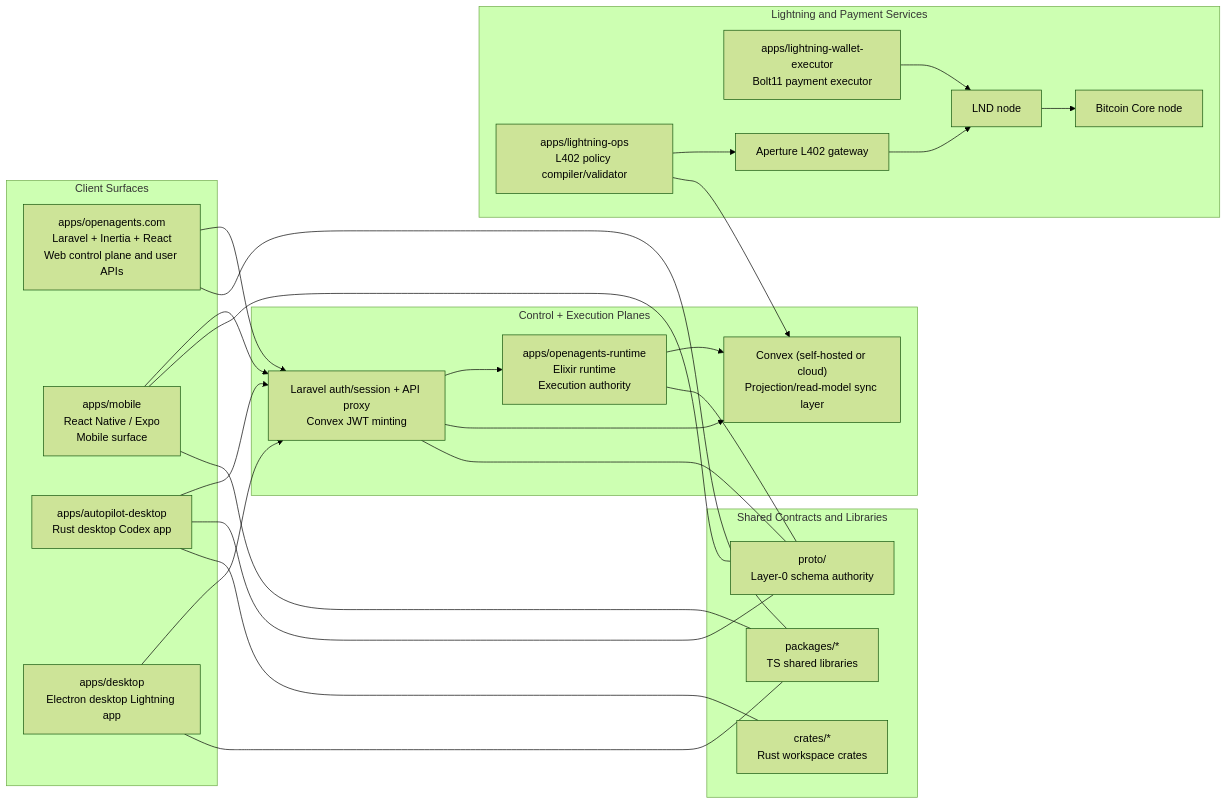
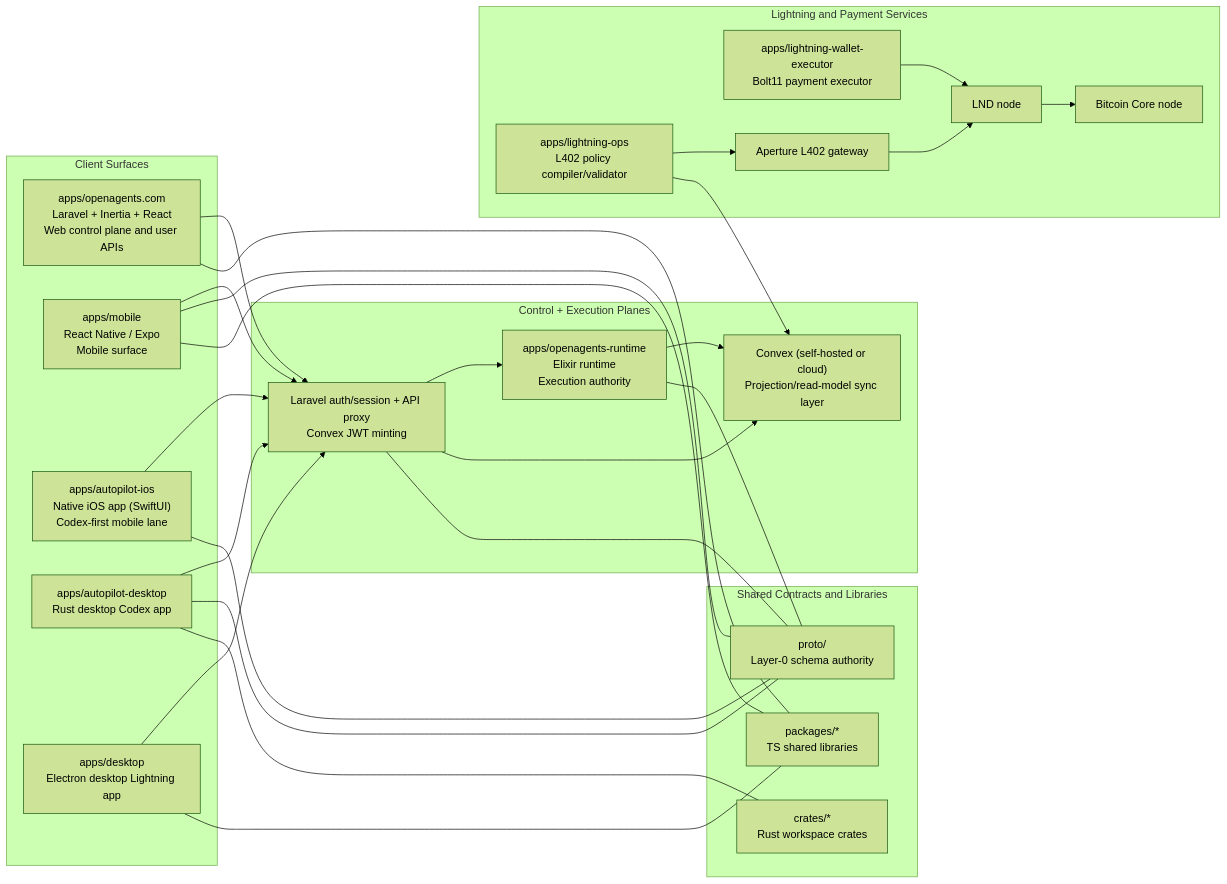
The diagram in docs/ARCHITECTURE.md (OpenAgentsInc/openagents), drawn with Mermaid (forest theme) before and after one commit. The commit also changed other lines of this file and 1 other file, not shown here.

Commit message:
docs(architecture): include autopilot-ios in system topology

````diff
--- a/docs/ARCHITECTURE.md
+++ b/docs/ARCHITECTURE.md
@@ -15,53 +15,56 @@
 ```mermaid
 flowchart LR
   subgraph clients["Client Surfaces"]
     web["apps/openagents.com<br/>Laravel + Inertia + React<br/>Web control plane and user APIs"]
     mobile["apps/mobile<br/>React Native / Expo<br/>Mobile surface"]
+    ios["apps/autopilot-ios<br/>Native iOS app (SwiftUI)<br/>Codex-first mobile lane"]
     rustDesktop["apps/autopilot-desktop<br/>Rust desktop Codex app"]
     electronDesktop["apps/desktop<br/>Electron desktop Lightning app"]
   end
 
   subgraph control["Control + Execution Planes"]
     runtime["apps/openagents-runtime<br/>Elixir runtime<br/>Execution authority"]
     convex["Convex (self-hosted or cloud)<br/>Projection/read-model sync layer"]
     laravel["Laravel auth/session + API proxy<br/>Convex JWT minting"]
   end
 
   subgraph lightning["Lightning and Payment Services"]
     lops["apps/lightning-ops<br/>L402 policy compiler/validator"]
     lwe["apps/lightning-wallet-executor<br/>Bolt11 payment executor"]
     lnd["LND node"]
     bitcoind["Bitcoin Core node"]
     aperture["Aperture L402 gateway"]
   end
 
   subgraph contracts["Shared Contracts and Libraries"]
     proto["proto/<br/>Layer-0 schema authority"]
     packages["packages/*<br/>TS shared libraries"]
     crates["crates/*<br/>Rust workspace crates"]
   end
 
   web --> laravel
   mobile --> laravel
+  ios --> laravel
   rustDesktop --> laravel
   electronDesktop --> laravel
 
   laravel --> runtime
   runtime --> convex
   laravel --> convex
 
   lops --> aperture
   lops --> convex
   aperture --> lnd
   lwe --> lnd
   lnd --> bitcoind
 
   runtime --- proto
   laravel --- proto
   mobile --- proto
+  ios --- proto
   rustDesktop --- proto
   web --- packages
   mobile --- packages
   electronDesktop --- packages
   rustDesktop --- crates
 ```
````
